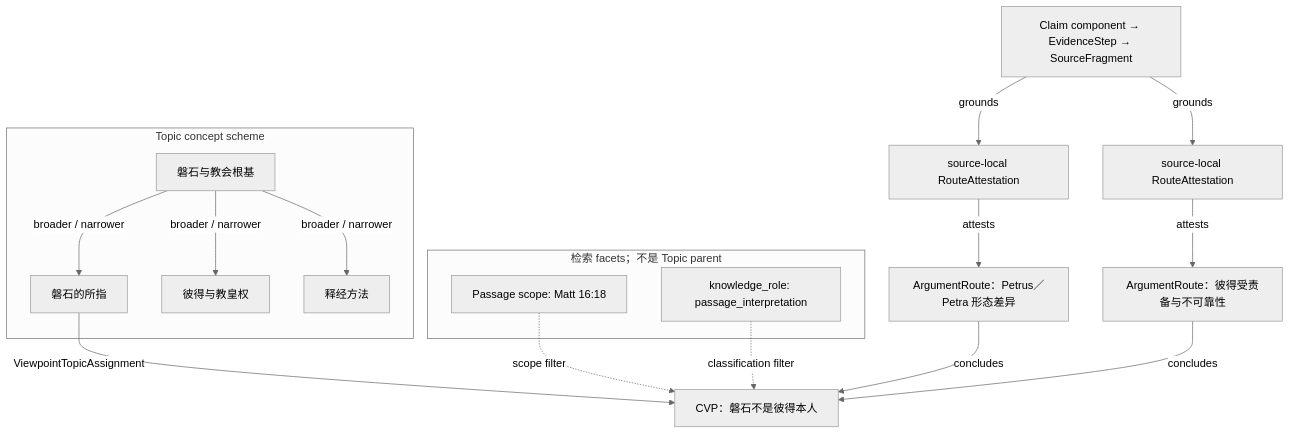
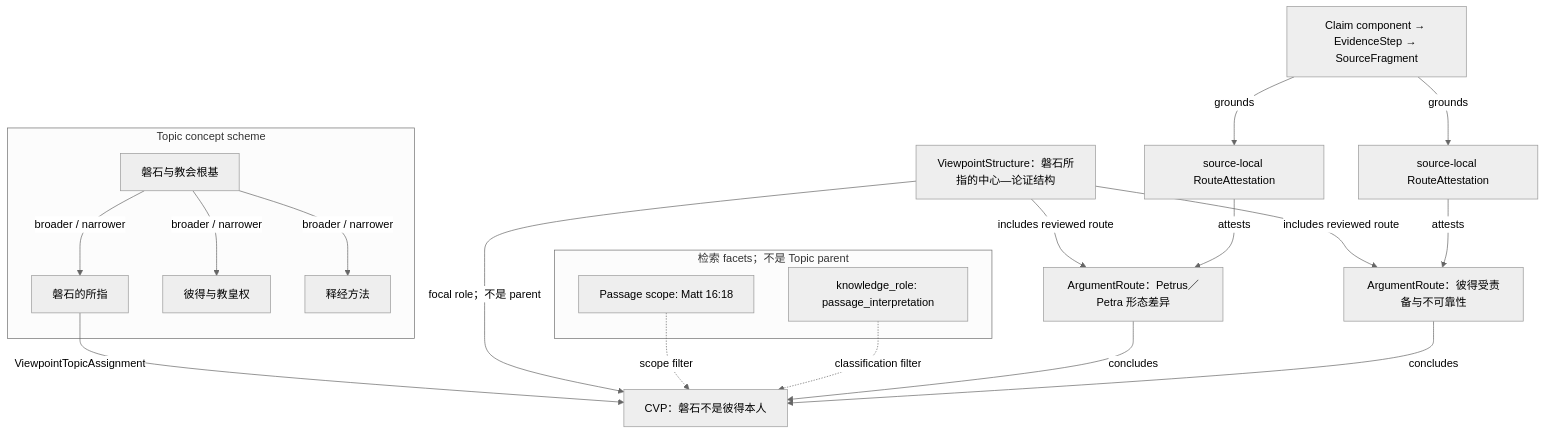
The third of 9 diagrams in docs/wang-knowledge-platform/canonical_viewpoint_registry_design_v1.md (junyang168/smart-answer), drawn with Mermaid (neutral theme) before and after one commit. The commit also changed other lines of this file, not shown here.

Commit message:
docs: adopt graph-first CVP resolution design

````diff
--- a/docs/wang-knowledge-platform/canonical_viewpoint_registry_design_v1.md
+++ b/docs/wang-knowledge-platform/canonical_viewpoint_registry_design_v1.md
@@ -240,21 +239,24 @@
 ```mermaid
 flowchart TB
     subgraph F["检索 facets；不是 Topic parent"]
         P["Passage scope: Matt 16:18"]
         K["knowledge_role: passage_interpretation"]
     end
     subgraph T["Topic concept scheme"]
         T0["磐石与教会根基"] -->|"broader / narrower"| T1["磐石的所指"]
         T0 -->|"broader / narrower"| T2["彼得与教皇权"]
         T0 -->|"broader / narrower"| T3["释经方法"]
     end
     T1 -->|"ViewpointTopicAssignment"| V["CVP：磐石不是彼得本人"]
+    VS["ViewpointStructure：磐石所指的中心—论证结构"] -->|"focal role；不是 parent"| V
     P -.->|"scope filter"| V
     K -.->|"classification filter"| V
     R1["ArgumentRoute：Petrus／Petra 形态差异"] -->|"concludes"| V
     R2["ArgumentRoute：彼得受责备与不可靠性"] -->|"concludes"| V
+    VS -->|"includes reviewed route"| R1
+    VS -->|"includes reviewed route"| R2
     A1["source-local RouteAttestation"] -->|"attests"| R1
     A2["source-local RouteAttestation"] -->|"attests"| R2
     E["Claim component → EvidenceStep → SourceFragment"] -->|"grounds"| A1
     E -->|"grounds"| A2
 ```
````
